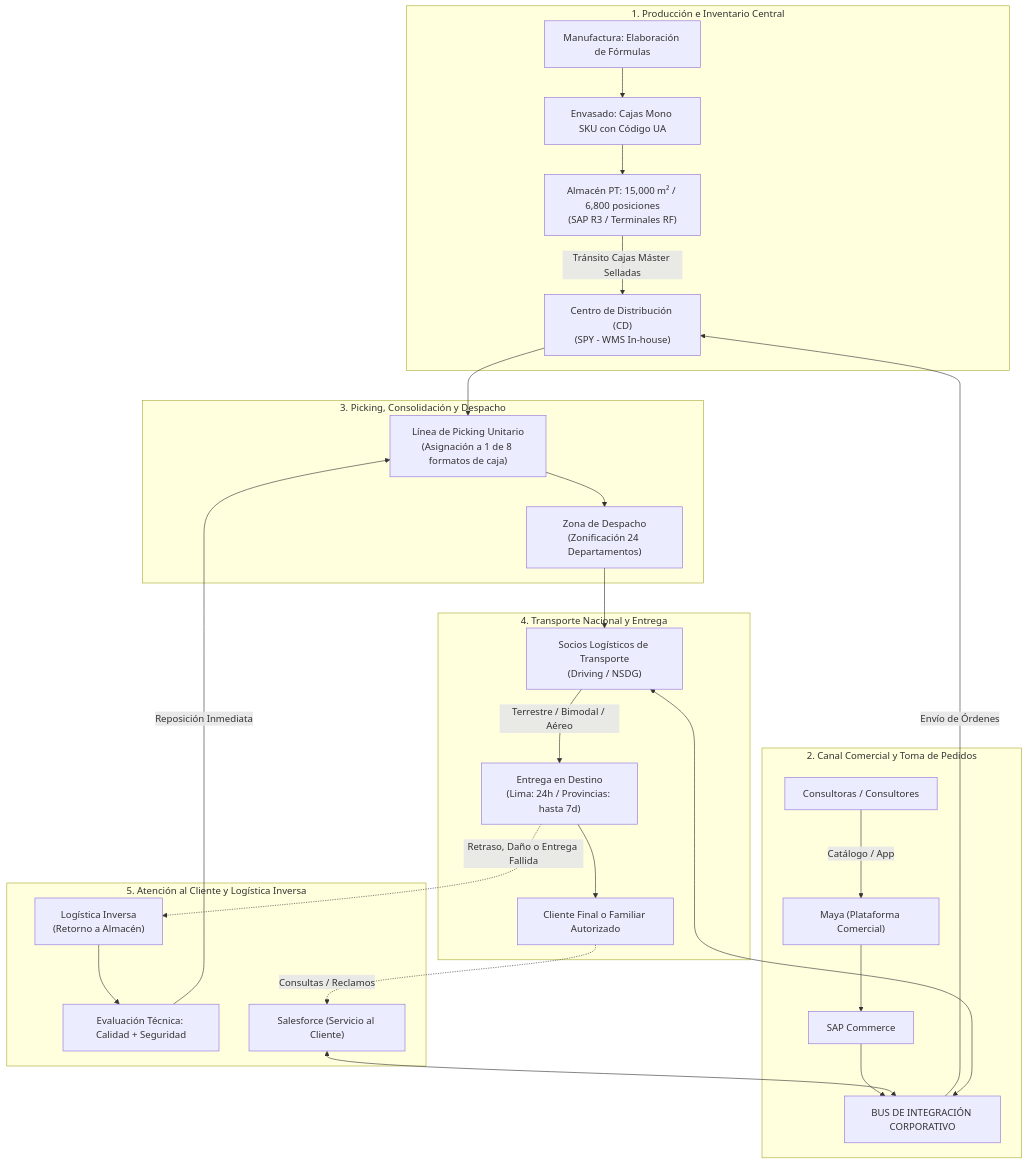
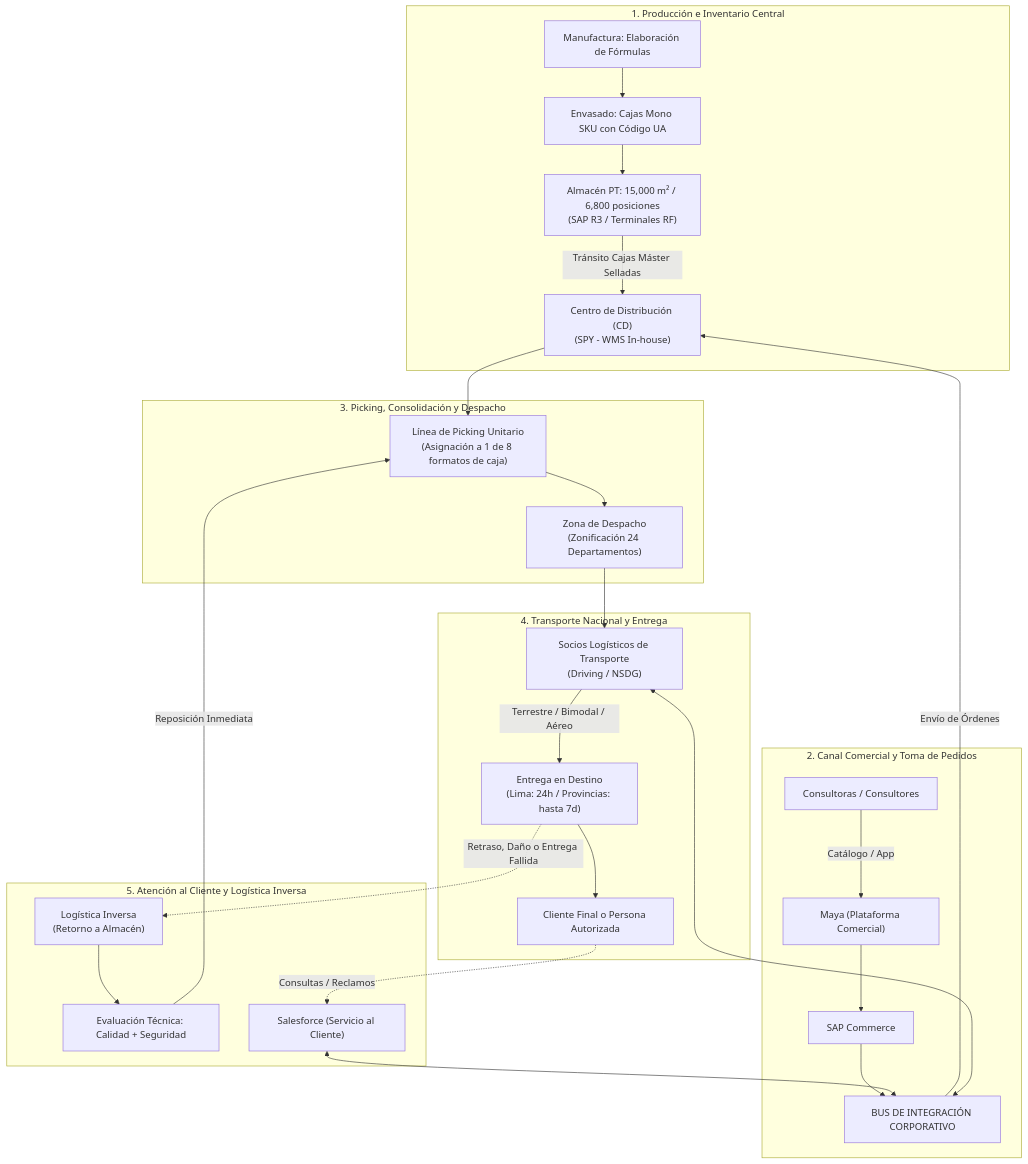
One commit to SaraviaH/arq-emp changed the diagram in arq-emp AS-IS/Entrevista/Índice de información.md. Above: the diagram before and after it, drawn with Mermaid. The commit also changed other lines of this file and 50 other files, not shown here.

````diff
--- a/arq-emp AS-IS/Entrevista/Índice de información.md
+++ b/arq-emp AS-IS/Entrevista/Índice de información.md
@@ -44,35 +44,35 @@
 ```mermaid
 flowchart TB
     subgraph INVENTARIO_Y_PRODUCCION [1. Producción e Inventario Central]
         P1["Manufactura: Elaboración de Fórmulas"] --> P2["Envasado: Cajas Mono SKU con Código UA"]
         P2 --> P3["Almacén PT: 15,000 m² / 6,800 posiciones<br/>(SAP R3 / Terminales RF)"]
         P3 -->|Tránsito Cajas Máster Selladas| P4["Centro de Distribución (CD)<br/>(SPY - WMS In-house)"]
     end
 
     subgraph CANAL_COMERCIAL [2. Canal Comercial y Toma de Pedidos]
         C1["Consultoras / Consultores"] -->|Catálogo / App| C2["Maya (Plataforma Comercial)"]
         C2 --> C3["SAP Commerce"]
         C3 --> BUS["BUS DE INTEGRACIÓN CORPORATIVO"]
     end
 
     subgraph PREPARACION_Y_DESPACHO [3. Picking, Consolidación y Despacho]
         BUS -->|Envío de Órdenes| P4
         P4 --> P5["Línea de Picking Unitario<br/>(Asignación a 1 de 8 formatos de caja)"]
         P5 --> P6["Zona de Despacho<br/>(Zonificación 24 Departamentos)"]
     end
 
     subgraph TRANSPORTE_Y_ULTIMA_MILLA [4. Transporte Nacional y Entrega]
         P6 --> T1["Socios Logísticos de Transporte<br/>(Driving / NSDG)"]
         T1 -->|Terrestre / Bimodal / Aéreo| T2["Entrega en Destino<br/>(Lima: 24h / Provincias: hasta 7d)"]
-        T2 --> T3["Cliente Final o Familiar Autorizado"]
+        T2 --> T3["Cliente Final o Persona Autorizada"]
     end
 
     subgraph ATENCION_E_INCIDENCIAS [5. Atención al Cliente y Logística Inversa]
         T2 -.->|Retraso, Daño o Entrega Fallida| I1["Logística Inversa<br/>(Retorno a Almacén)"]
         I1 --> I2["Evaluación Técnica: Calidad + Seguridad"]
         I2 -->|Reposición Inmediata| P5
         T3 -.->|Consultas / Reclamos| SF["Salesforce (Servicio al Cliente)"]
         SF <--> BUS
         BUS <--> T1
     end
 ```
````
